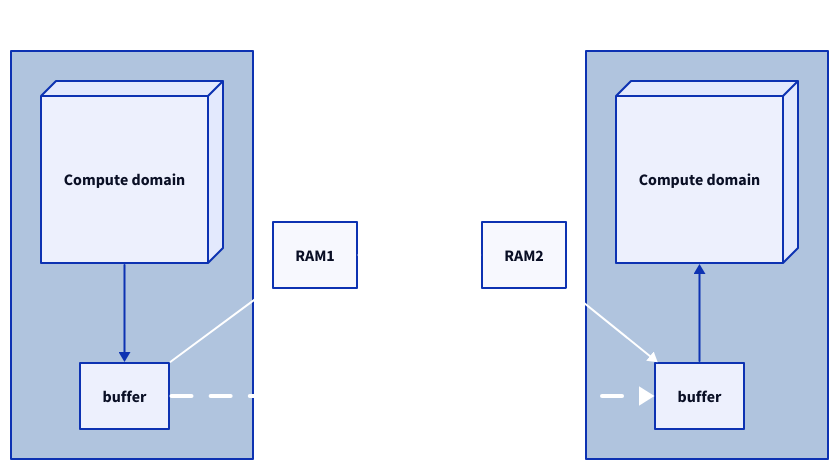
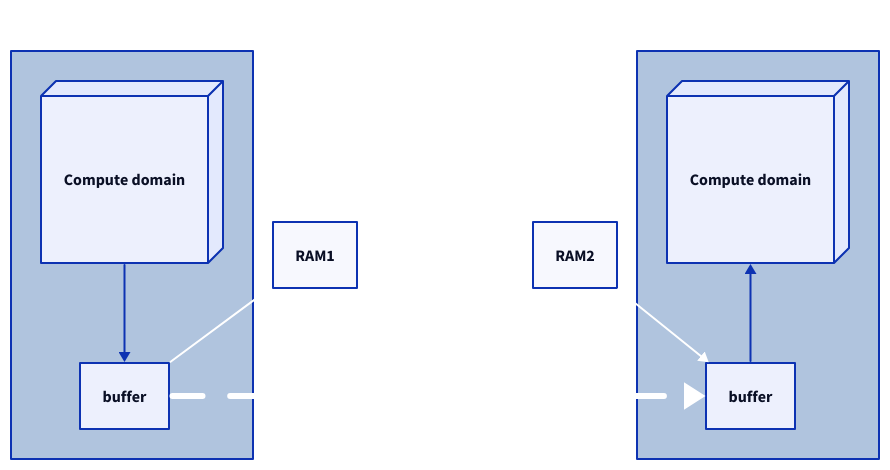
Before and after one commit to marshallward/sewg2026: the diagram in d2/fms_mpi.d2, drawn with D2. The commit also changed 5 other files, not shown here.

First line of the commit message:
More content + repro figure

```diff
--- a/d2/fms_mpi.d2
+++ b/d2/fms_mpi.d2
@@ -1,58 +1,58 @@
 style.fill: transparent
 direction: right
 
 GPU1 {
     near: center-left
     style.font-color: white
     style.fill: lightsteelblue
     compute {
         label: Compute domain
         style.3d: true
         shape: square
     }
     compute -> buffer
 }
 
 
 RAM1 {
 }
 
 RAM2 {
 }
 
 GPU2 {
     near: center-right
     style.font-color: white
     style.fill: lightsteelblue
     direction: up
 
     compute {
         label: Compute domain
         style.3d: true
         shape: square
     }
     buffer -> compute
 }
 
-GPU1.buffer -> GPU2.buffer: nvlink {
+GPU1.buffer -> GPU2.buffer: NVLink {
     style.stroke: white
-    style.stroke-width: 4
+    style.stroke-width: 6
     style.font-color: white
     style.animated: true
 }
 
 GPU1.buffer -> RAM1 {
     style.stroke: white
     style.font-color: white
 }
 
-RAM1 -> RAM2: MPI {
+RAM1 -> RAM2: Infiniband {
     style.stroke: white
     style.font-color: white
     style.animated: true
 }
 
 RAM2 -> GPU2.buffer {
     style.stroke: white
     style.font-color: white
 }
```
